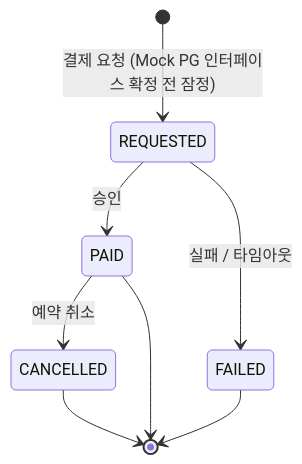
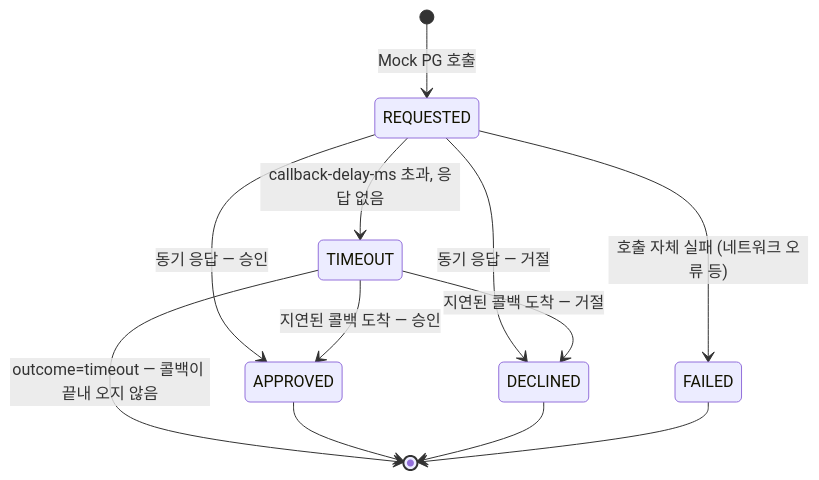
One commit to inhalab/holdfast changed the fifth of 5 diagrams in docs/state-transitions.md. Above: the diagram before and after it, drawn with Mermaid. The commit also changed other lines of this file and 1 other file, not shown here.

First line of the commit message:
docs: 취소 시 seat_hold 전이와 Mock PG 결제 상태를 확정

````diff
--- a/docs/state-transitions.md
+++ b/docs/state-transitions.md
@@ -179,10 +181,14 @@
 ```mermaid
 stateDiagram-v2
-    [*] --> REQUESTED : 결제 요청 (Mock PG 인터페이스 확정 전 잠정)
-    REQUESTED --> PAID : 승인
-    REQUESTED --> FAILED : 실패 / 타임아웃
-    PAID --> CANCELLED : 예약 취소
-    PAID --> [*]
+    [*] --> REQUESTED : Mock PG 호출
+    REQUESTED --> APPROVED : 동기 응답 — 승인
+    REQUESTED --> DECLINED : 동기 응답 — 거절
+    REQUESTED --> FAILED : 호출 자체 실패 (네트워크 오류 등)
+    REQUESTED --> TIMEOUT : callback-delay-ms 초과, 응답 없음
+    TIMEOUT --> APPROVED : 지연된 콜백 도착 — 승인
+    TIMEOUT --> DECLINED : 지연된 콜백 도착 — 거절
+    TIMEOUT --> [*] : outcome=timeout — 콜백이 끝내 오지 않음
+    APPROVED --> [*]
+    DECLINED --> [*]
     FAILED --> [*]
-    CANCELLED --> [*]
 ```
````
